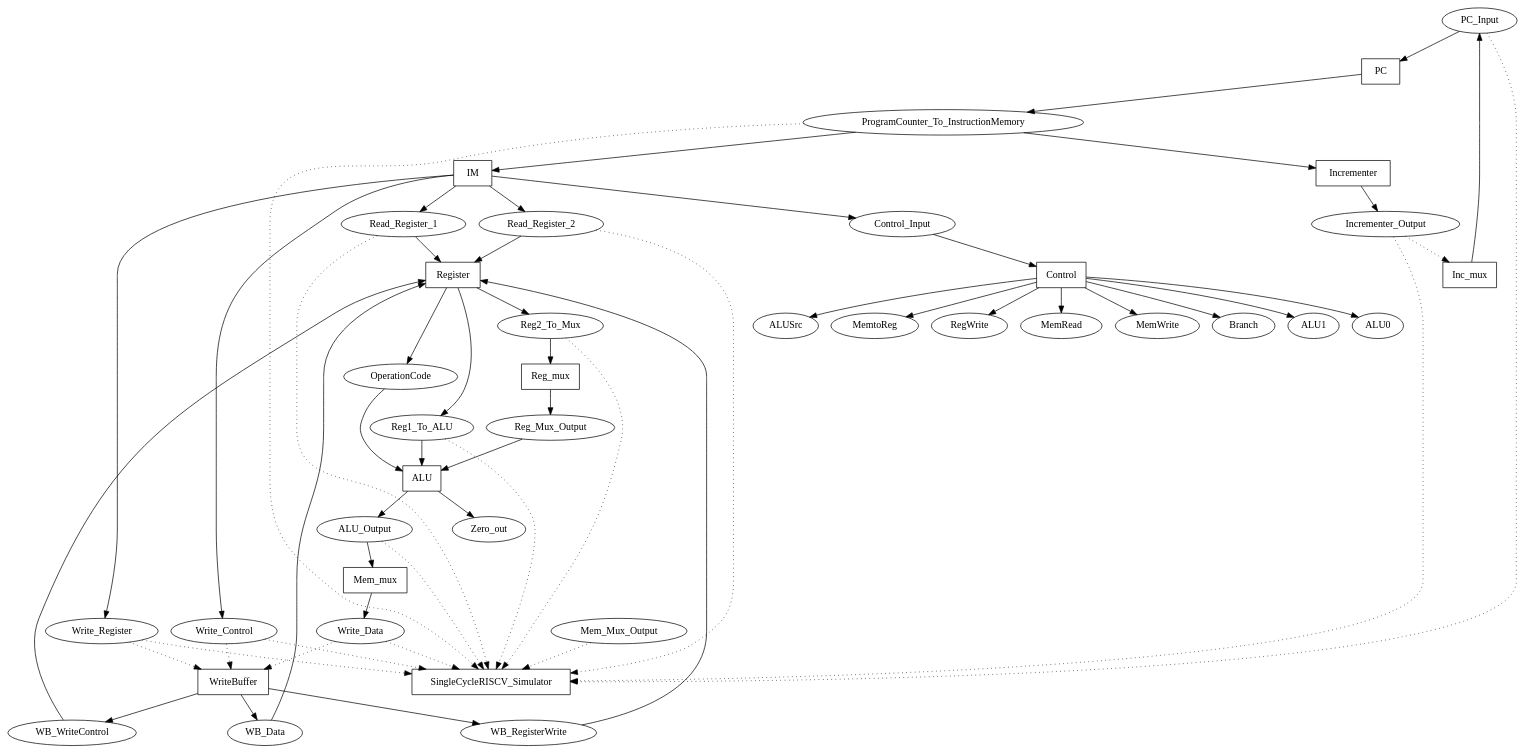
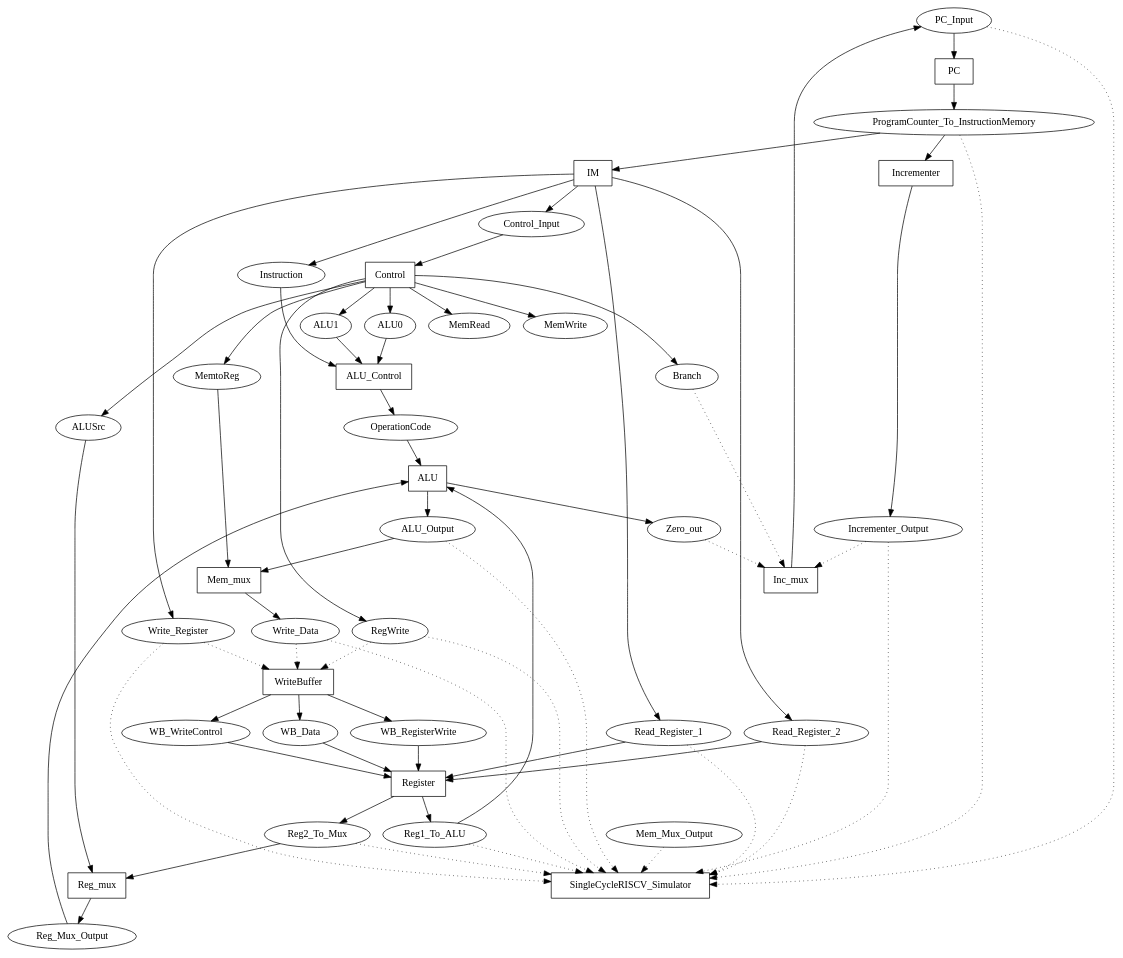
Before and after one commit to DanielRamyar/Master_Thesis: the diagram in SME_Implementations/SingleCycleRISCV/output/network.dot, drawn with Graphviz. The commit also changed 452 other files, not shown here.

```diff
--- a/SME_Implementations/SingleCycleRISCV/output/network.dot
+++ b/SME_Implementations/SingleCycleRISCV/output/network.dot
@@ -1,96 +1,104 @@
 digraph SingleCycleRISCV {
 "PC_Input" [shape=oval];
 "ProgramCounter_To_InstructionMemory" [shape=oval];
 "Control_Input" [shape=oval];
+"ALU1" [shape=oval];
+"ALU0" [shape=oval];
+"Instruction" [shape=oval];
 "Read_Register_1" [shape=oval];
 "Read_Register_2" [shape=oval];
 "WB_Data" [shape=oval];
 "WB_RegisterWrite" [shape=oval];
 "WB_WriteControl" [shape=oval];
 "OperationCode" [shape=oval];
 "Reg1_To_ALU" [shape=oval];
 "Reg_Mux_Output" [shape=oval];
 "Reg2_To_Mux" [shape=oval];
+"ALUSrc" [shape=oval];
 "ALU_Output" [shape=oval];
+"MemtoReg" [shape=oval];
 "Incrementer_Output" [shape=oval];
 "Write_Register" [shape=oval];
-"Write_Control" [shape=oval];
-"ALUSrc" [shape=oval];
-"MemtoReg" [shape=oval];
 "RegWrite" [shape=oval];
 "MemRead" [shape=oval];
 "MemWrite" [shape=oval];
 "Branch" [shape=oval];
-"ALU1" [shape=oval];
-"ALU0" [shape=oval];
 "Zero_out" [shape=oval];
 "Write_Data" [shape=oval];
 "Mem_Mux_Output" [shape=oval];
 "PC" [shape=box];
 "Incrementer" [shape=box];
 "IM" [shape=box];
 "Control" [shape=box];
+"ALU_Control" [shape=box];
 "Register" [shape=box];
 "ALU" [shape=box];
 "Reg_mux" [shape=box];
 "Mem_mux" [shape=box];
 "Inc_mux" [shape=box];
 "WriteBuffer" [shape=box];
 "SingleCycleRISCV_Simulator" [shape=box];
 "PC_Input" -> "PC";
 "ProgramCounter_To_InstructionMemory" -> "Incrementer";
 "ProgramCounter_To_InstructionMemory" -> "IM";
 "Control_Input" -> "Control";
+"ALU1" -> "ALU_Control";
+"ALU0" -> "ALU_Control";
+"Instruction" -> "ALU_Control";
 "Read_Register_1" -> "Register";
 "Read_Register_2" -> "Register";
 "WB_Data" -> "Register";
 "WB_RegisterWrite" -> "Register";
 "WB_WriteControl" -> "Register";
 "OperationCode" -> "ALU";
 "Reg1_To_ALU" -> "ALU";
 "Reg_Mux_Output" -> "ALU";
 "Reg2_To_Mux" -> "Reg_mux";
+"ALUSrc" -> "Reg_mux";
 "ALU_Output" -> "Mem_mux";
+"MemtoReg" -> "Mem_mux";
 "PC" -> "ProgramCounter_To_InstructionMemory";
 "Incrementer" -> "Incrementer_Output";
 "Inc_mux" -> "PC_Input";
 "IM" -> "Read_Register_1";
 "IM" -> "Read_Register_2";
 "IM" -> "Write_Register";
-"IM" -> "Write_Control";
 "IM" -> "Control_Input";
+"IM" -> "Instruction";
 "Control" -> "ALUSrc";
 "Control" -> "MemtoReg";
 "Control" -> "RegWrite";
 "Control" -> "MemRead";
 "Control" -> "MemWrite";
 "Control" -> "Branch";
 "Control" -> "ALU1";
 "Control" -> "ALU0";
+"ALU_Control" -> "OperationCode";
 "Register" -> "Reg1_To_ALU";
 "Register" -> "Reg2_To_Mux";
-"Register" -> "OperationCode";
 "ALU" -> "ALU_Output";
 "ALU" -> "Zero_out";
 "Reg_mux" -> "Reg_Mux_Output";
 "Mem_mux" -> "Write_Data";
 "WriteBuffer" -> "WB_Data";
 "WriteBuffer" -> "WB_RegisterWrite";
 "WriteBuffer" -> "WB_WriteControl";
 "ProgramCounter_To_InstructionMemory" -> "SingleCycleRISCV_Simulator" [style=dotted];
 "PC_Input" -> "SingleCycleRISCV_Simulator" [style=dotted];
 "Incrementer_Output" -> "SingleCycleRISCV_Simulator" [style=dotted];
 "Incrementer_Output" -> "Inc_mux" [style=dotted];
 "Read_Register_1" -> "SingleCycleRISCV_Simulator" [style=dotted];
 "Read_Register_2" -> "SingleCycleRISCV_Simulator" [style=dotted];
 "Write_Register" -> "SingleCycleRISCV_Simulator" [style=dotted];
 "Write_Register" -> "WriteBuffer" [style=dotted];
 "Write_Data" -> "SingleCycleRISCV_Simulator" [style=dotted];
 "Write_Data" -> "WriteBuffer" [style=dotted];
-"Write_Control" -> "SingleCycleRISCV_Simulator" [style=dotted];
-"Write_Control" -> "WriteBuffer" [style=dotted];
+"RegWrite" -> "SingleCycleRISCV_Simulator" [style=dotted];
+"RegWrite" -> "WriteBuffer" [style=dotted];
 "Reg1_To_ALU" -> "SingleCycleRISCV_Simulator" [style=dotted];
 "Reg2_To_Mux" -> "SingleCycleRISCV_Simulator" [style=dotted];
 "ALU_Output" -> "SingleCycleRISCV_Simulator" [style=dotted];
 "Mem_Mux_Output" -> "SingleCycleRISCV_Simulator" [style=dotted];
+"Zero_out" -> "Inc_mux" [style=dotted];
+"Branch" -> "Inc_mux" [style=dotted];
 }
```
